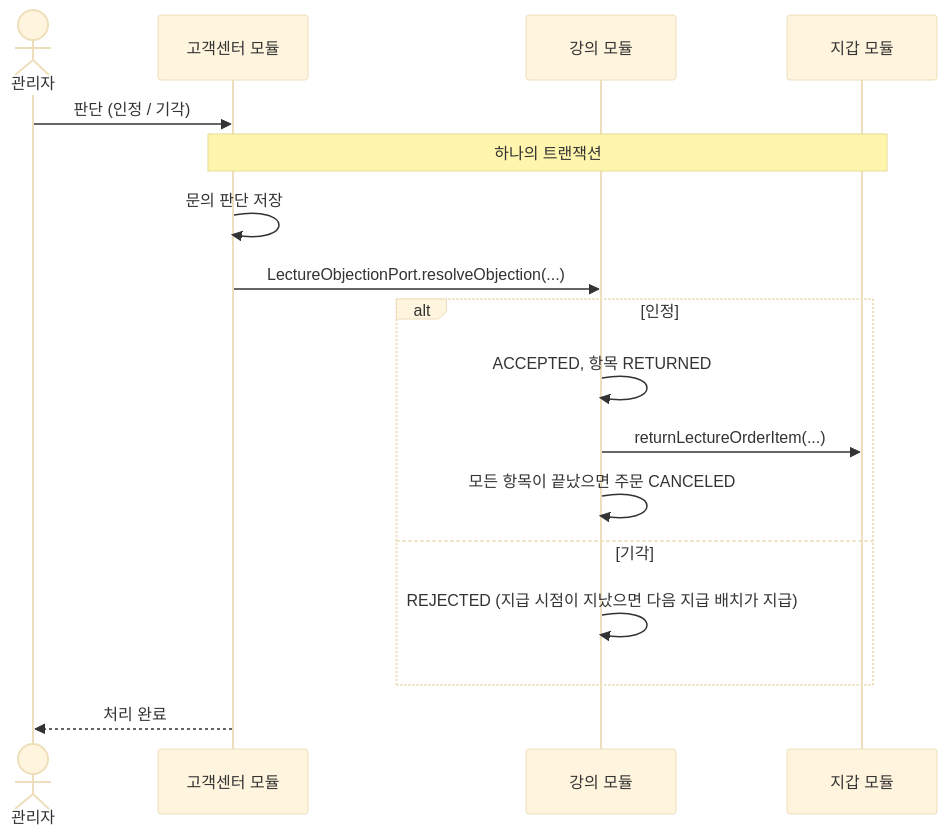
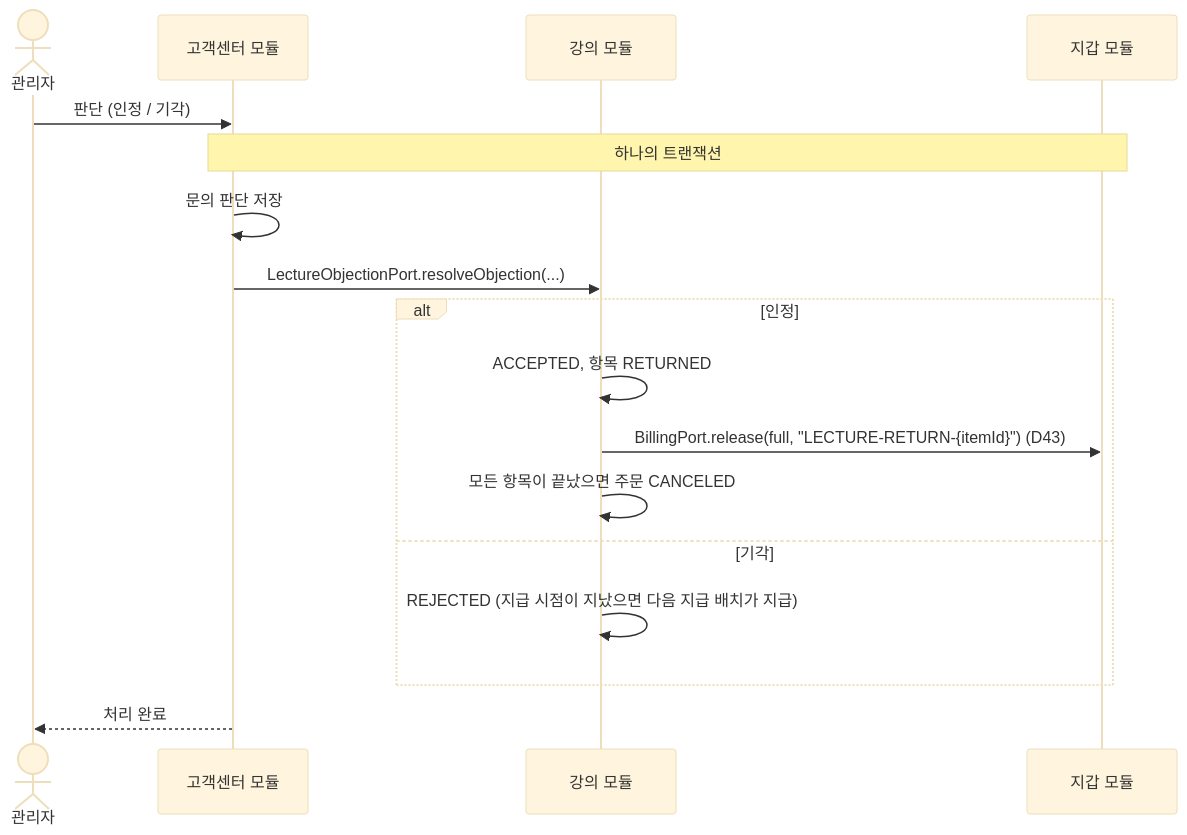
One commit to prgrms-be-adv-devcourse/beadv8_8_LMS_BE changed the ninth of 9 diagrams in docs/design/lecture-module.md. Above: the diagram before and after it, drawn with Mermaid (base theme).

Commit message:
Docs: 이의 제기 판단 다이어그램의 반환 호출을 BillingPort로 갱신 (#146)
- 6.4 관리자 판단 시퀀스의 returnLectureOrderItem(폐기된 LectureHpPort)을 BillingPort.release(full, LECTURE-RETURN-{itemId})로 변경 (D43)

Resolve #146

````diff
--- a/docs/design/lecture-module.md
+++ b/docs/design/lecture-module.md
@@ -484,19 +484,19 @@
 ```mermaid
 sequenceDiagram
     actor A as 관리자
     participant CS as 고객센터 모듈
     participant LEC as 강의 모듈
     participant WAL as 지갑 모듈
     A->>CS: 판단 (인정 / 기각)
     Note over CS,WAL: 하나의 트랜잭션
     CS->>CS: 문의 판단 저장
     CS->>LEC: LectureObjectionPort.resolveObjection(...)
     alt 인정
         LEC->>LEC: ACCEPTED, 항목 RETURNED
-        LEC->>WAL: returnLectureOrderItem(...)
+        LEC->>WAL: BillingPort.release(full, "LECTURE-RETURN-{itemId}") (D43)
         LEC->>LEC: 모든 항목이 끝났으면 주문 CANCELED
     else 기각
         LEC->>LEC: REJECTED (지급 시점이 지났으면 다음 지급 배치가 지급)
     end
     CS-->>A: 처리 완료
 ```
````
